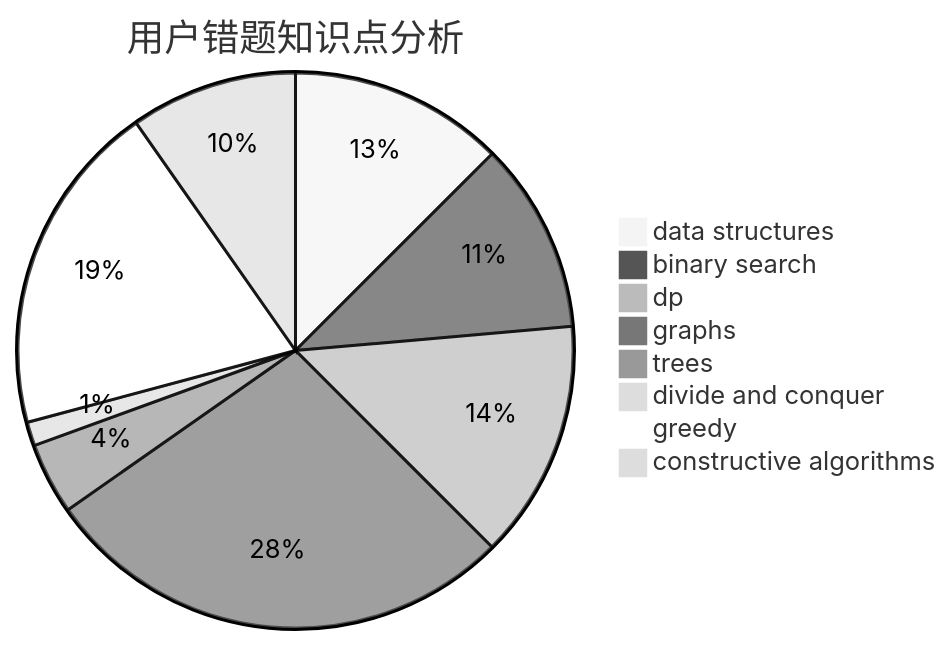
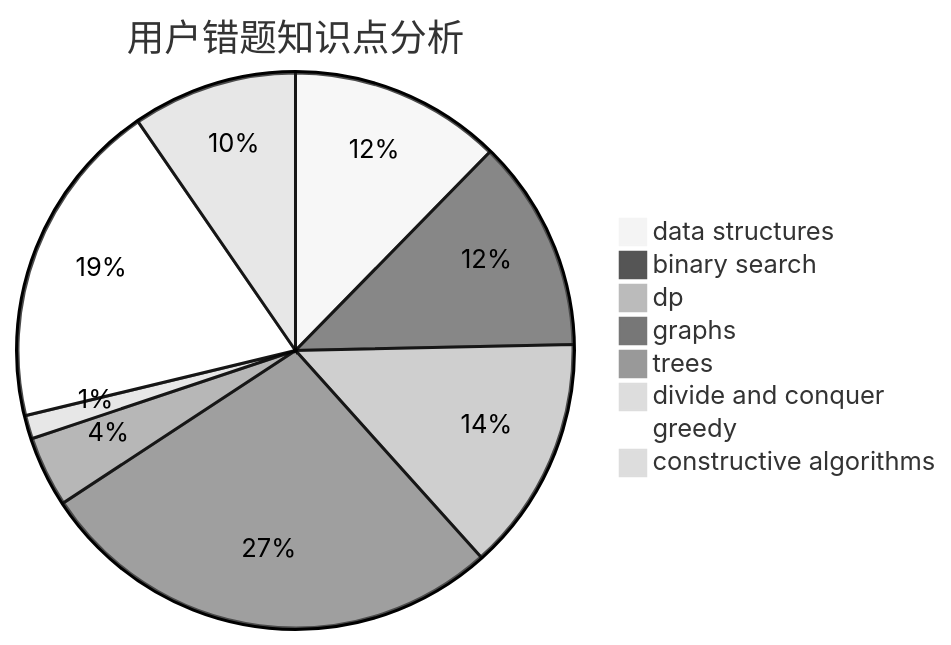
Before and after one commit to sherpahu/cfrs.github.io: the third of 3 diagrams in docs/user/u2049.md, drawn with Mermaid (neutral theme). The commit also changed other lines of this file and 2770 other files, not shown here.

````diff
--- a/docs/user/u2049.md
+++ b/docs/user/u2049.md
@@ -36,11 +36,11 @@
 ```mermaid
 pie title 用户错题知识点分析
     "data structures" :  9
-    "binary search" :  8
+    "binary search" :  9
     "dp" :  10
     "graphs" :  20
     "trees" :  3
     "divide and conquer" :  1
     "greedy" :  14
     "constructive algorithms" :  7
 ```
````
